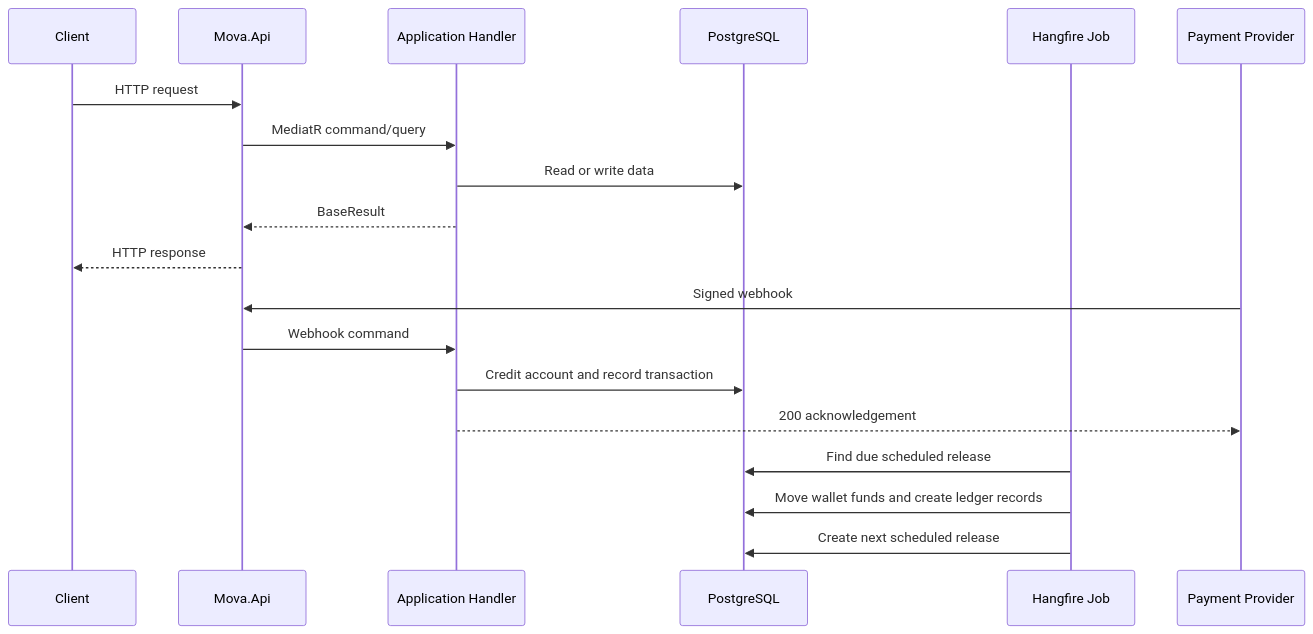
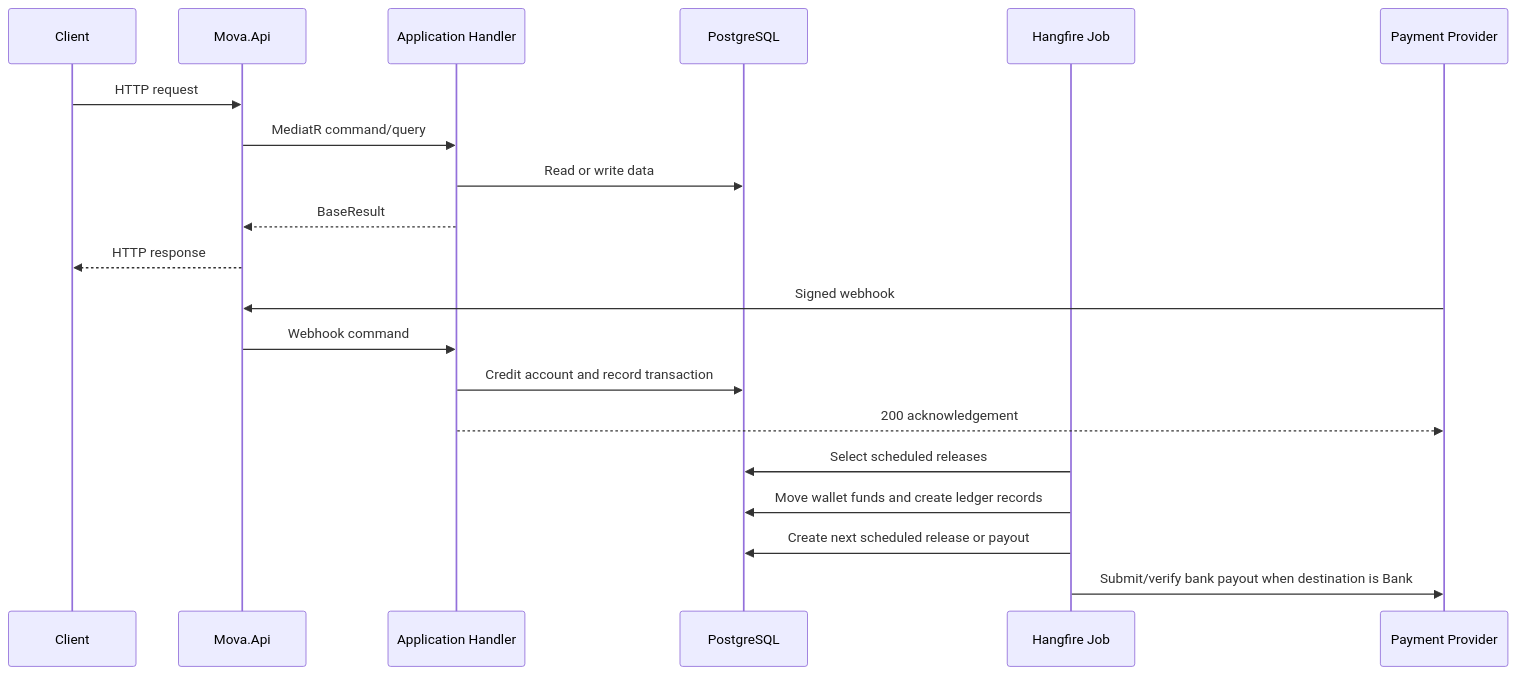
Before and after one commit to itopa1999/mova: the second of 2 diagrams in PROJECT_WALKTHROUGH.md, drawn with Mermaid. The commit also changed other lines of this file and 8 other files, not shown here.

````diff
--- a/PROJECT_WALKTHROUGH.md
+++ b/PROJECT_WALKTHROUGH.md
@@ -54,24 +55,25 @@
 ```mermaid
 sequenceDiagram
     participant Client
     participant API as Mova.Api
     participant Command as Application Handler
     participant DB as PostgreSQL
     participant Job as Hangfire Job
     participant Provider as Payment Provider
 
     Client->>API: HTTP request
     API->>Command: MediatR command/query
     Command->>DB: Read or write data
     Command-->>API: BaseResult
     API-->>Client: HTTP response
 
     Provider->>API: Signed webhook
     API->>Command: Webhook command
     Command->>DB: Credit account and record transaction
     Command-->>Provider: 200 acknowledgement
 
-    Job->>DB: Find due scheduled release
+    Job->>DB: Select scheduled releases
     Job->>DB: Move wallet funds and create ledger records
-    Job->>DB: Create next scheduled release
+    Job->>DB: Create next scheduled release or payout
+    Job->>Provider: Submit/verify bank payout when destination is Bank
 ```
````
